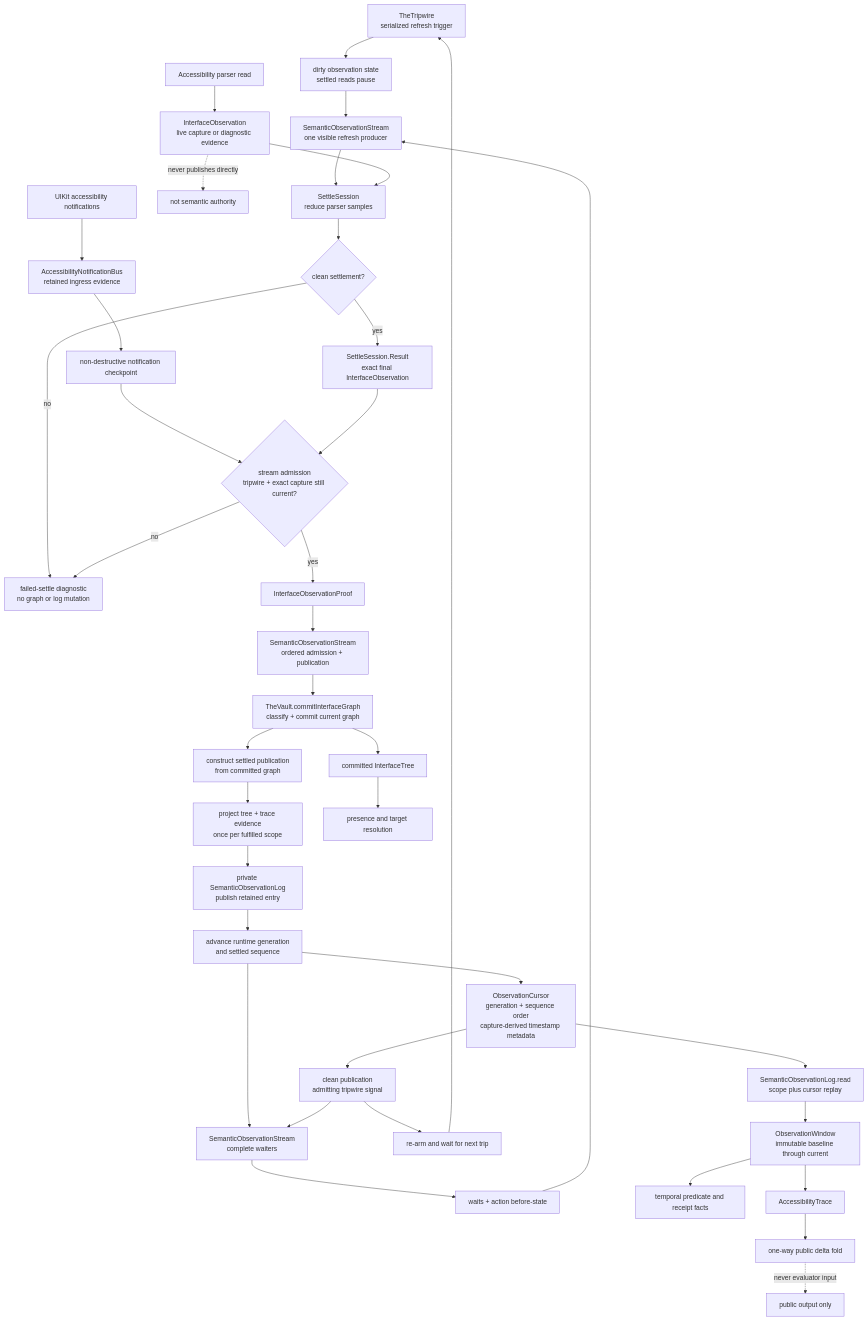
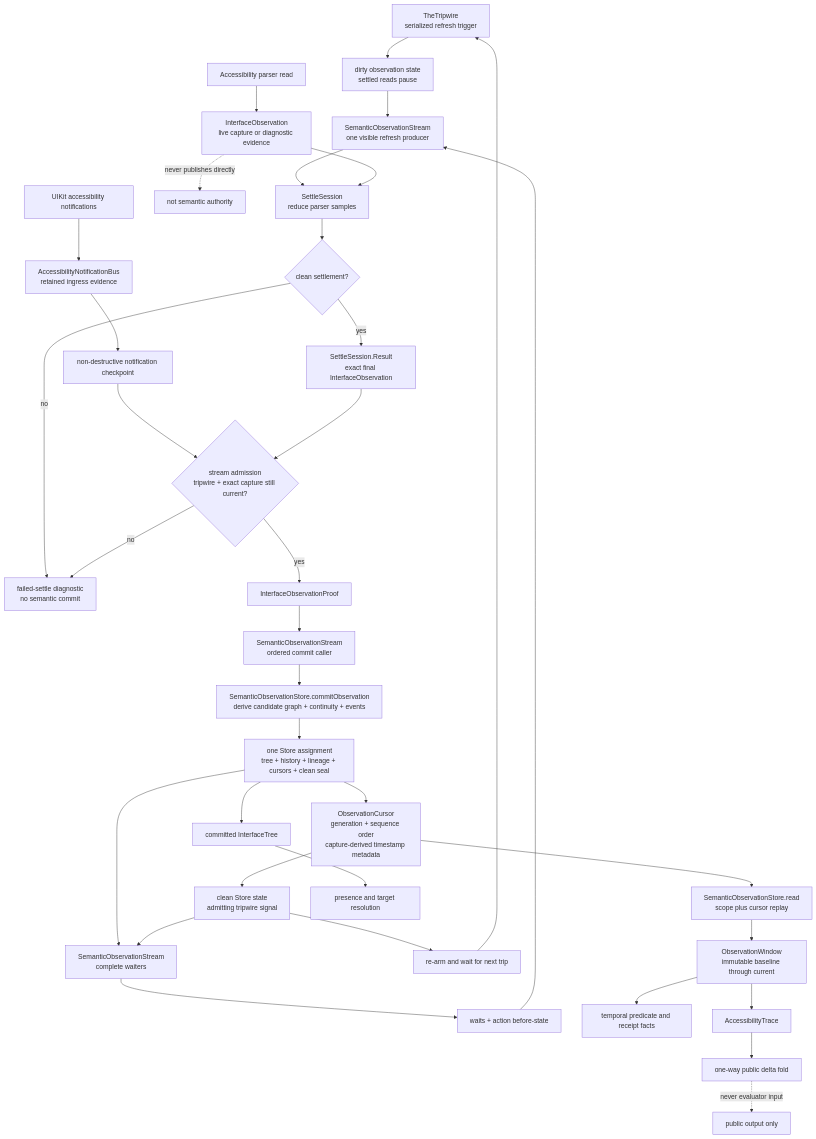
The first of 5 diagrams in docs/diagrams/observation-pipeline.md (RoyalPineapple/TheButtonHeist), drawn with Mermaid before and after one commit. The commit also changed other lines of this file and 47 other files, not shown here.

````diff
--- a/docs/diagrams/observation-pipeline.md
+++ b/docs/diagrams/observation-pipeline.md
@@ -34,42 +36,39 @@
 ```mermaid
 flowchart TD
     Tripwire["TheTripwire<br/>serialized refresh trigger"] --> Dirty["dirty observation state<br/>settled reads pause"]
     Dirty --> Producer["SemanticObservationStream<br/>one visible refresh producer"]
     Consumers["waits + action before-state"] --> Producer
     Producer --> Settle
     Parser["Accessibility parser read"] --> Raw["InterfaceObservation<br/>live capture or diagnostic evidence"]
     Raw --> Settle["SettleSession<br/>reduce parser samples"]
     Raw -. "never publishes directly" .-> NoAuthority["not semantic authority"]
     Signals["UIKit accessibility notifications"] --> Bus["AccessibilityNotificationBus<br/>retained ingress evidence"]
     Bus --> Checkpoint["non-destructive notification checkpoint"]
     Checkpoint --> Admission
     Settle --> Clean{"clean settlement?"}
-    Clean -->|no| Diagnostic["failed-settle diagnostic<br/>no graph or log mutation"]
+    Clean -->|no| Diagnostic["failed-settle diagnostic<br/>no semantic commit"]
     Clean -->|yes| Outcome["SettleSession.Result<br/>exact final InterfaceObservation"]
     Outcome --> Admission{"stream admission<br/>tripwire + exact capture still current?"}
     Admission -->|no| Diagnostic
     Admission -->|yes| Proof["InterfaceObservationProof"]
 
-    Proof --> Committer["SemanticObservationStream<br/>ordered admission + publication"]
-    Committer --> Graph["TheVault.commitInterfaceGraph<br/>classify + commit current graph"]
-    Graph --> Publication["construct settled publication<br/>from committed graph"]
-    Publication --> Scope["project tree + trace evidence<br/>once per fulfilled scope"]
-    Scope --> Log["private SemanticObservationLog<br/>publish retained entry"]
-    Log --> Runtime["advance runtime generation<br/>and settled sequence"]
-    Runtime --> Delivery["SemanticObservationStream<br/>complete waiters"]
-    Runtime --> Cursor["ObservationCursor<br/>generation + sequence order<br/>capture-derived timestamp metadata"]
-    Cursor --> Seal["clean publication<br/>admitting tripwire signal"]
+    Proof --> Committer["SemanticObservationStream<br/>ordered commit caller"]
+    Committer --> Store["SemanticObservationStore.commitObservation<br/>derive candidate graph + continuity + events"]
+    Store --> Atomic["one Store assignment<br/>tree + history + lineage + cursors + clean seal"]
+    Atomic --> Delivery["SemanticObservationStream<br/>complete waiters"]
+    Atomic --> Cursor["ObservationCursor<br/>generation + sequence order<br/>capture-derived timestamp metadata"]
+    Cursor --> Seal["clean Store state<br/>admitting tripwire signal"]
     Seal --> Delivery
     Delivery --> Consumers
     Seal --> Armed["re-arm and wait for next trip"]
     Armed --> Tripwire
-    Cursor --> Entries["SemanticObservationLog.read<br/>scope plus cursor replay"]
+    Cursor --> Entries["SemanticObservationStore.read<br/>scope plus cursor replay"]
 
     Current["committed InterfaceTree"] --> Presence["presence and target resolution"]
-    Graph --> Current
+    Atomic --> Current
     Entries --> Window["ObservationWindow<br/>immutable baseline through current"]
     Window --> Temporal["temporal predicate and receipt facts"]
     Window --> Trace["AccessibilityTrace"]
     Trace --> Delta["one-way public delta fold"]
     Delta -. "never evaluator input" .-> Output["public output only"]
 ```
````
